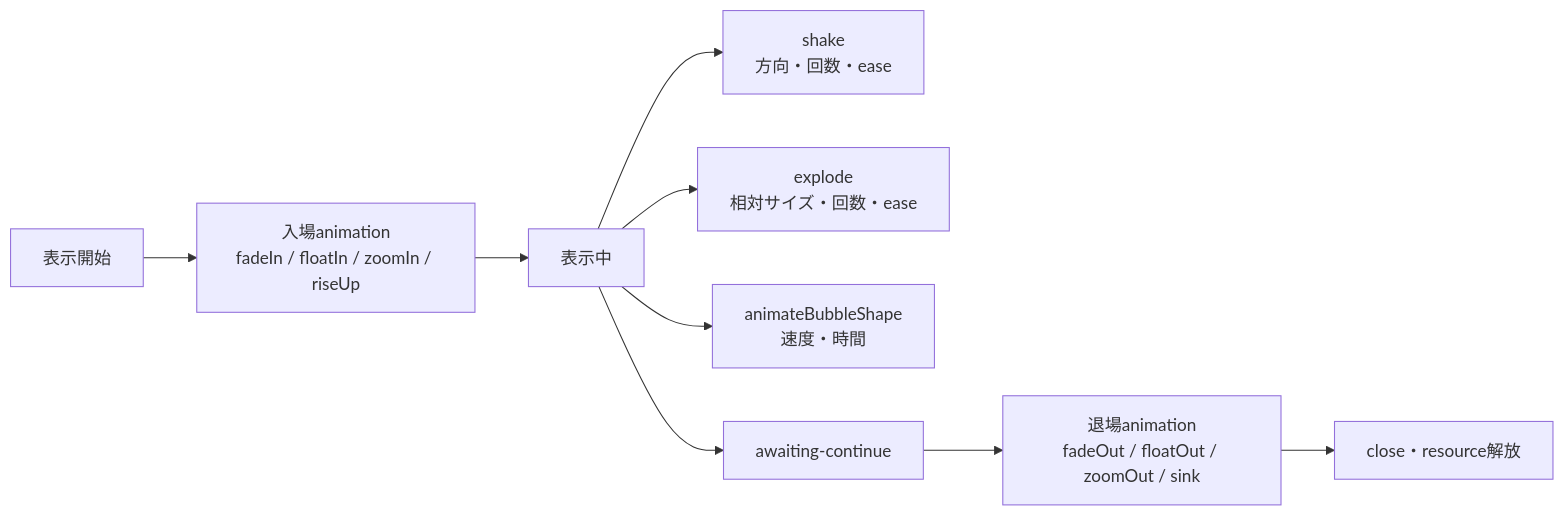
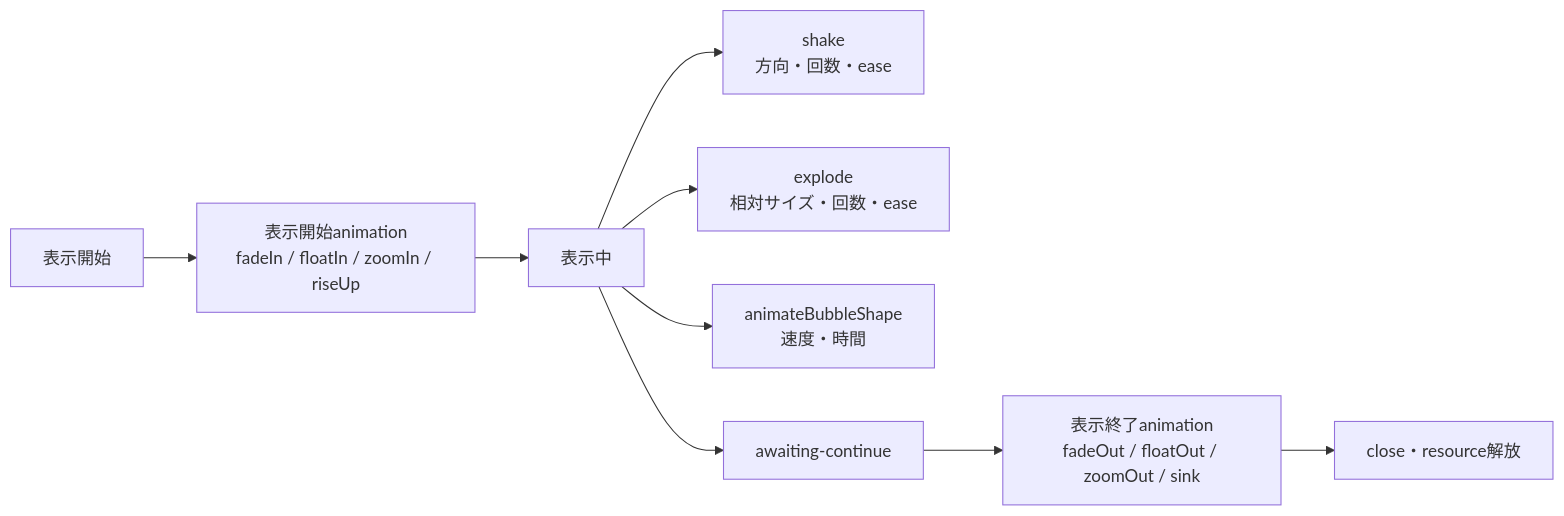
The sixth of 6 diagrams in README.md (kubohiroya/turbowarp-bubble), drawn with Mermaid before and after one commit. The commit also changed other lines of this file and 21 other files, not shown here.

````diff
--- a/README.md
+++ b/README.md
@@ -338,11 +361,11 @@
 ```mermaid
 flowchart LR
-  start[表示開始] --> in[入場animation\nfadeIn / floatIn / zoomIn / riseUp]
+  start[表示開始] --> in[表示開始animation\nfadeIn / floatIn / zoomIn / riseUp]
   in --> visible[表示中]
   visible --> shake[shake\n方向・回数・ease]
   visible --> explode[explode\n相対サイズ・回数・ease]
   visible --> shape[animateBubbleShape\n速度・時間]
   visible --> waiting[awaiting-continue]
-  waiting --> out[退場animation\nfadeOut / floatOut / zoomOut / sink]
+  waiting --> out[表示終了animation\nfadeOut / floatOut / zoomOut / sink]
   out --> released[close・resource解放]
 ```
````
